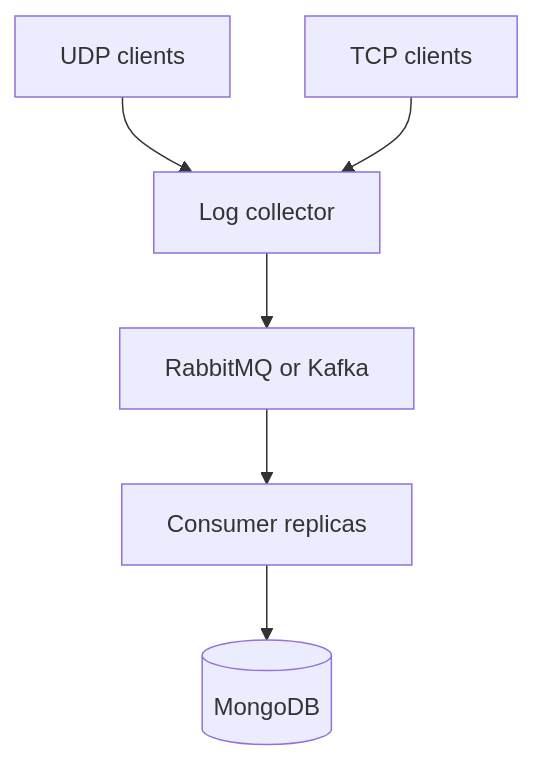
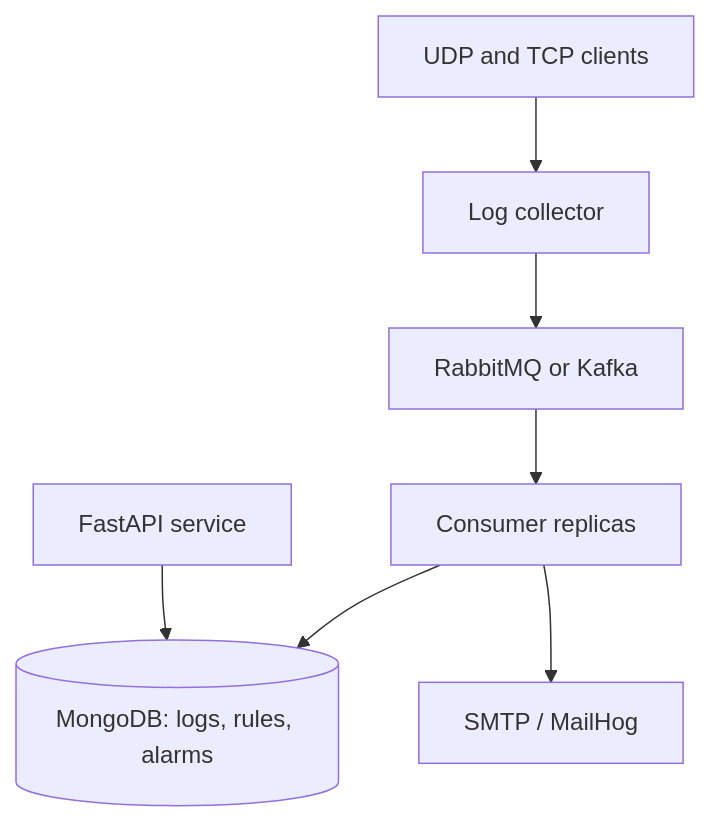
The diagram in README.md (BeyzaBirben/udp-tcp-log-collector), drawn with Mermaid before and after one commit. The commit also changed other lines of this file and 1 other file, not shown here.

````diff
--- a/README.md
+++ b/README.md
@@ -27,8 +35,9 @@
 ```mermaid
 flowchart TD
-    UDP[UDP clients] --> Collector[Log collector]
-    TCP[TCP clients] --> Collector
+    Clients["UDP and TCP clients"] --> Collector[Log collector]
     Collector --> Broker["RabbitMQ or Kafka"]
     Broker --> Consumers["Consumer replicas"]
-    Consumers --> MongoDB[(MongoDB)]
+    Consumers --> MongoDB[("MongoDB: logs, rules, alarms")]
+    API[FastAPI service] --> MongoDB
+    Consumers --> SMTP["SMTP / MailHog"]
 ```
````
